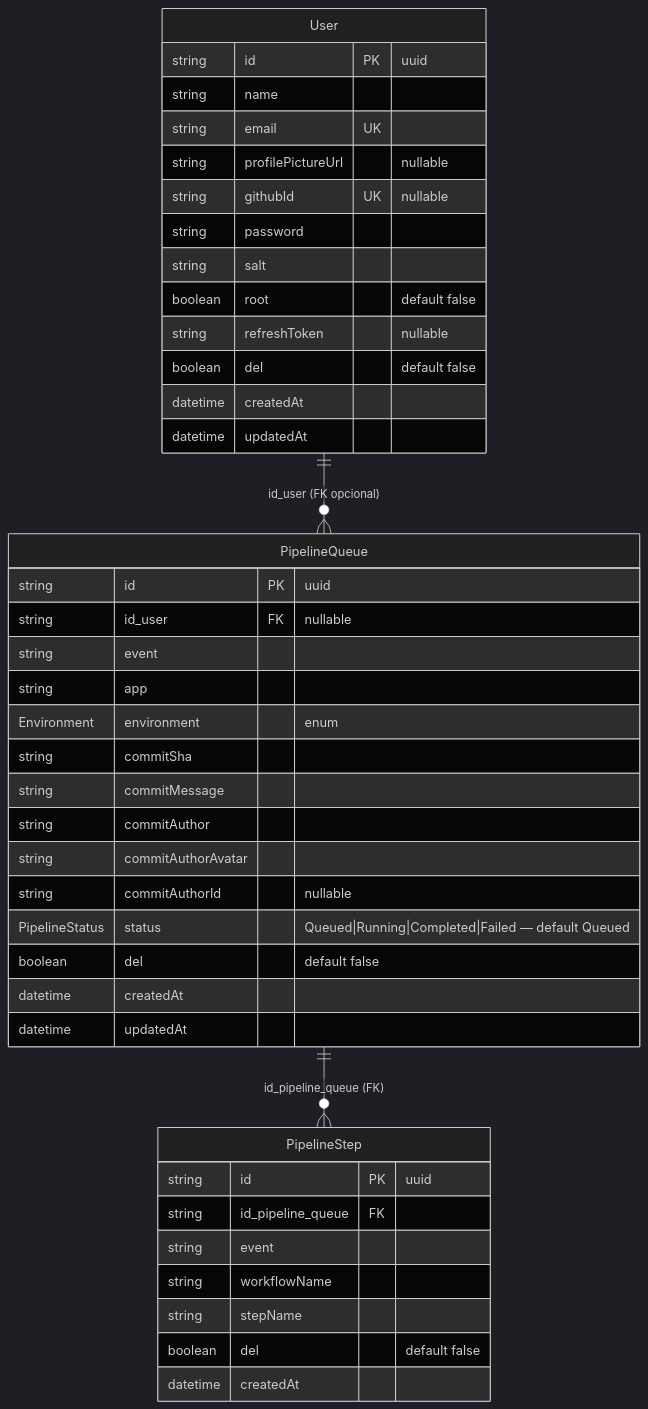
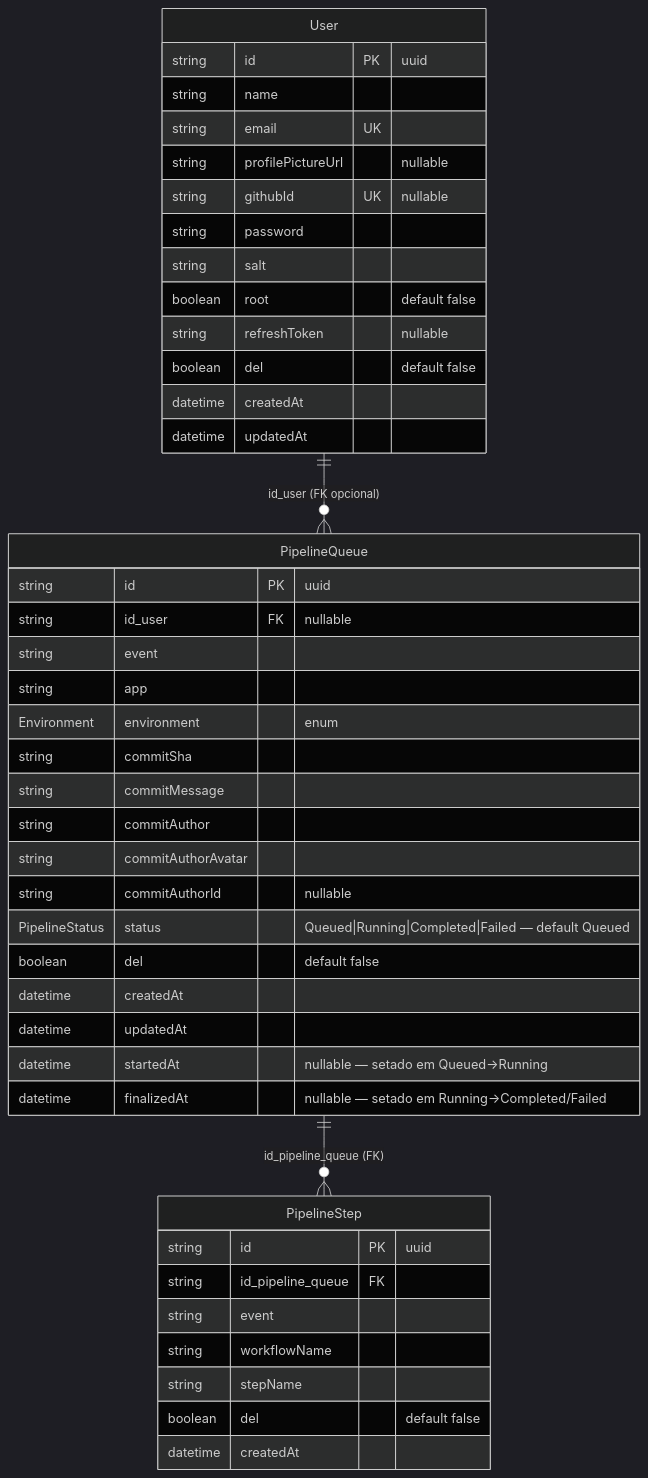
One commit to adaptwebtech/monitor-deploy changed the diagram in docs/CODEBASE.md. Above: the diagram before and after it, drawn with Mermaid (dark theme). The commit also changed other lines of this file and 21 other files, not shown here.

````diff
--- a/docs/CODEBASE.md
+++ b/docs/CODEBASE.md
@@ -406,47 +421,49 @@
 ```mermaid
 erDiagram
     User ||--o{ PipelineQueue : "id_user (FK opcional)"
     PipelineQueue ||--o{ PipelineStep : "id_pipeline_queue (FK)"
 
     User {
         string id PK "uuid"
         string name
         string email UK
         string profilePictureUrl "nullable"
         string githubId UK "nullable"
         string password
         string salt
         boolean root "default false"
         string refreshToken "nullable"
         boolean del "default false"
         datetime createdAt
         datetime updatedAt
     }
 
     PipelineQueue {
         string id PK "uuid"
         string id_user FK "nullable"
         string event
         string app
         Environment environment "enum"
         string commitSha
         string commitMessage
         string commitAuthor
         string commitAuthorAvatar
         string commitAuthorId "nullable"
         PipelineStatus status "Queued|Running|Completed|Failed — default Queued"
         boolean del "default false"
         datetime createdAt
         datetime updatedAt
+        datetime startedAt "nullable — setado em Queued→Running"
+        datetime finalizedAt "nullable — setado em Running→Completed/Failed"
     }
 
     PipelineStep {
         string id PK "uuid"
         string id_pipeline_queue FK
         string event
         string workflowName
         string stepName
         boolean del "default false"
         datetime createdAt
     }
 ```
````
